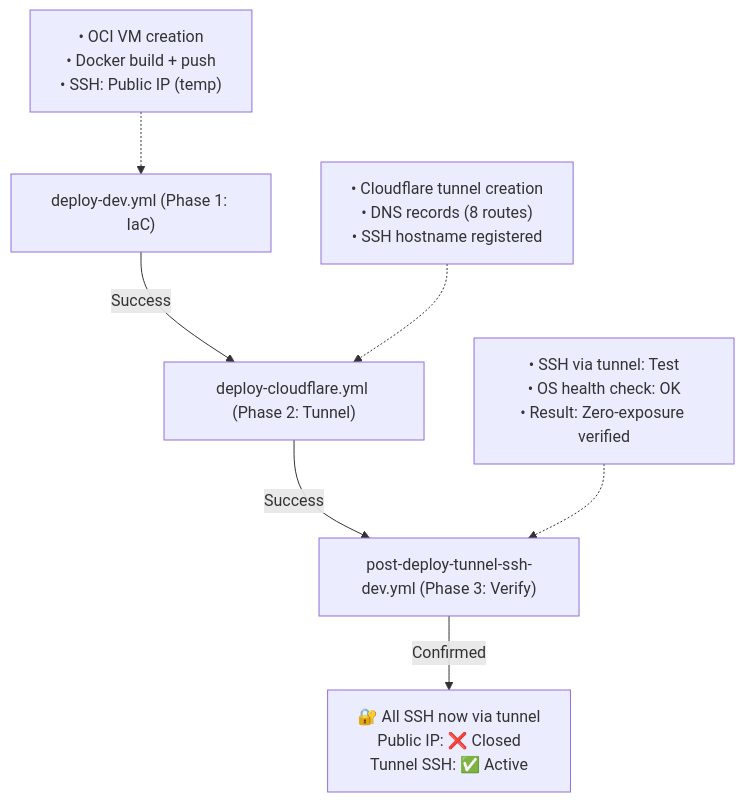
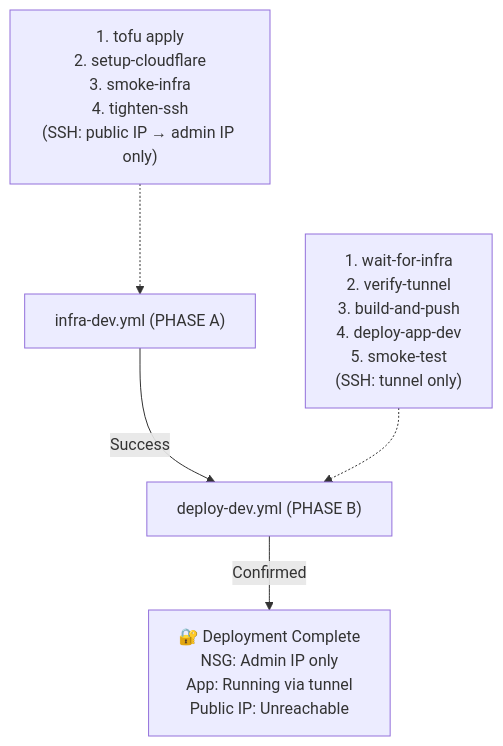
The fifth of 8 diagrams in docs/architecture/README.md (Everythingcloudsolutions/FamilyShield), drawn with Mermaid before and after one commit. The commit also changed other lines of this file and 5 other files, not shown here.

First line of the commit message:
docs: update all documentation with 2026-04-16 architectural lessons learned

````diff
--- a/docs/architecture/README.md
+++ b/docs/architecture/README.md
@@ -532,11 +554,10 @@
 ```mermaid
 graph TD
-    A["deploy-dev.yml (Phase 1: IaC)"] -->|Success| B["deploy-cloudflare.yml (Phase 2: Tunnel)"]
-    B -->|Success| C["post-deploy-tunnel-ssh-dev.yml (Phase 3: Verify)"]
+    A["infra-dev.yml (PHASE A)"] -->|"Success"| B["deploy-dev.yml (PHASE B)"]
     
-    A1["• OCI VM creation<br/>• Docker build + push<br/>• SSH: Public IP (temp)"] -.-> A
-    B1["• Cloudflare tunnel creation<br/>• DNS records (8 routes)<br/>• SSH hostname registered"] -.-> B
-    C1["• SSH via tunnel: Test<br/>• OS health check: OK<br/>• Result: Zero-exposure verified"] -.-> C
+    A1["1. tofu apply<br/>2. setup-cloudflare<br/>3. smoke-infra<br/>4. tighten-ssh<br/>(SSH: public IP → admin IP only)"] -.-> A
     
-    C -->|Confirmed| D["🔐 All SSH now via tunnel<br/>Public IP: ❌ Closed<br/>Tunnel SSH: ✅ Active"]
+    B1["1. wait-for-infra<br/>2. verify-tunnel<br/>3. build-and-push<br/>4. deploy-app-dev<br/>5. smoke-test<br/>(SSH: tunnel only)"] -.-> B
+    
+    B -->|"Confirmed"| C["🔐 Deployment Complete<br/>NSG: Admin IP only<br/>App: Running via tunnel<br/>Public IP: Unreachable"]
 ```
````
